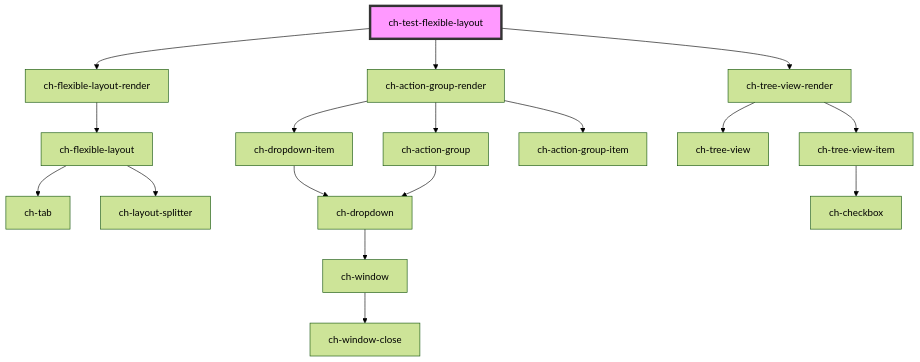
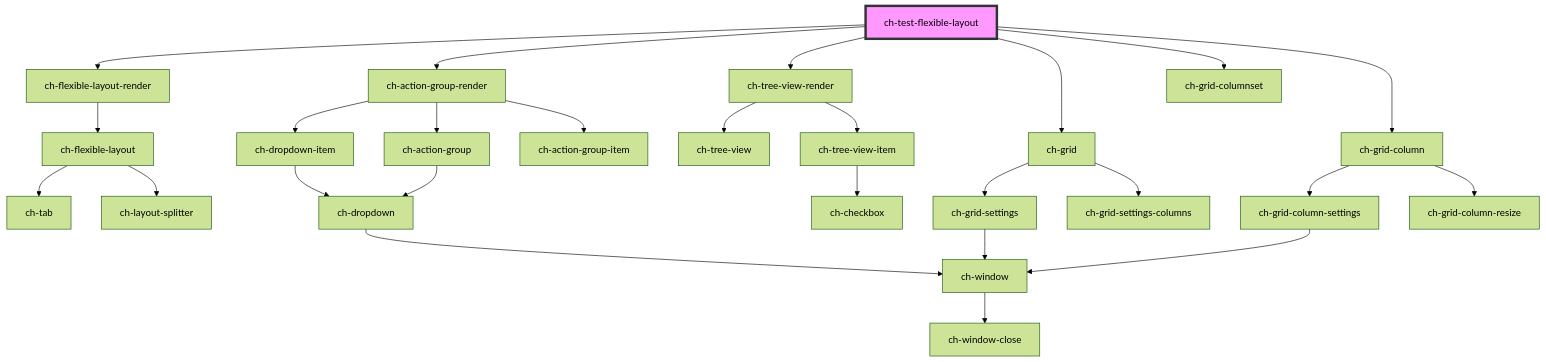
Before and after one commit to genexuslabs/chameleon-controls-library: the diagram in src/components/test/test-flexible-layout/readme.md, drawn with Mermaid (forest theme). The commit also changed other lines of this file and 7 other files, not shown here.

````diff
--- a/src/components/test/test-flexible-layout/readme.md
+++ b/src/components/test/test-flexible-layout/readme.md
@@ -24,20 +27,29 @@
 ```mermaid
 graph TD;
   ch-test-flexible-layout --> ch-flexible-layout-render
   ch-test-flexible-layout --> ch-action-group-render
   ch-test-flexible-layout --> ch-tree-view-render
+  ch-test-flexible-layout --> ch-grid
+  ch-test-flexible-layout --> ch-grid-columnset
+  ch-test-flexible-layout --> ch-grid-column
   ch-flexible-layout-render --> ch-flexible-layout
   ch-flexible-layout --> ch-tab
   ch-flexible-layout --> ch-layout-splitter
   ch-action-group-render --> ch-dropdown-item
   ch-action-group-render --> ch-action-group
   ch-action-group-render --> ch-action-group-item
   ch-dropdown-item --> ch-dropdown
   ch-dropdown --> ch-window
   ch-window --> ch-window-close
   ch-action-group --> ch-dropdown
   ch-tree-view-render --> ch-tree-view
   ch-tree-view-render --> ch-tree-view-item
   ch-tree-view-item --> ch-checkbox
+  ch-grid --> ch-grid-settings
+  ch-grid --> ch-grid-settings-columns
+  ch-grid-settings --> ch-window
+  ch-grid-column --> ch-grid-column-settings
+  ch-grid-column --> ch-grid-column-resize
+  ch-grid-column-settings --> ch-window
   style ch-test-flexible-layout fill:#f9f,stroke:#333,stroke-width:4px
 ```
````
